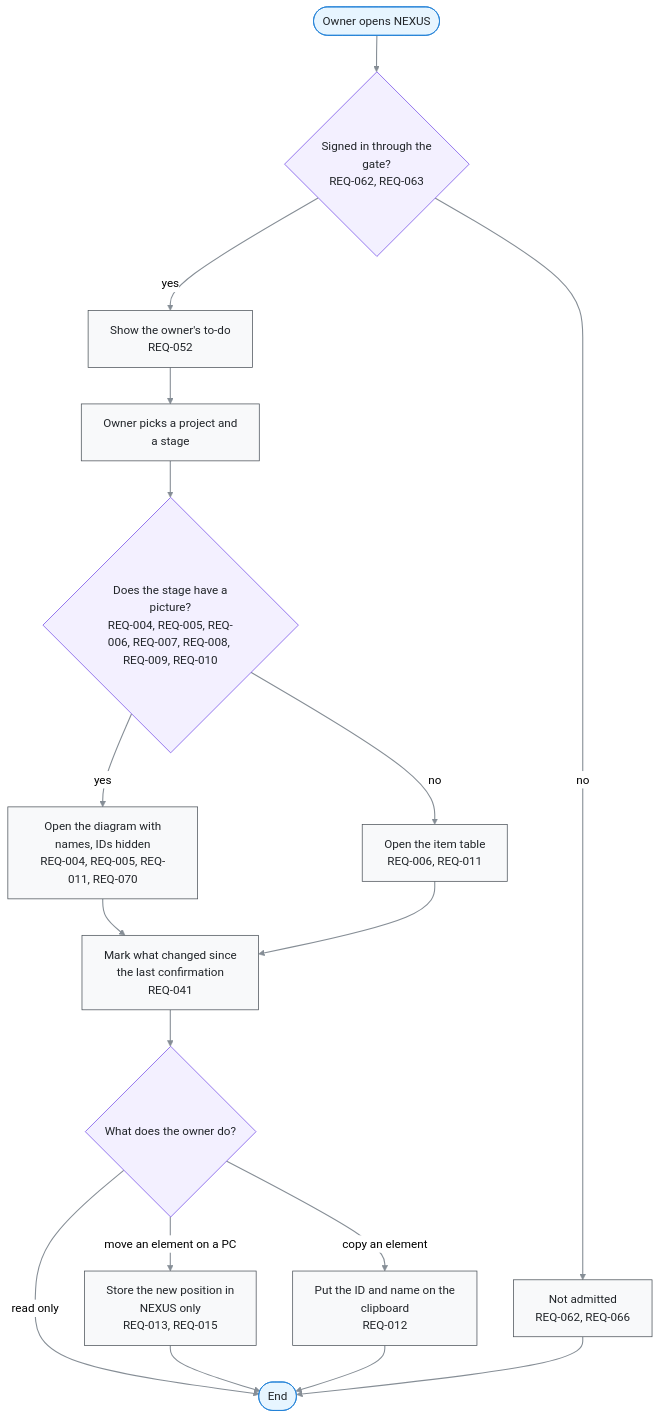
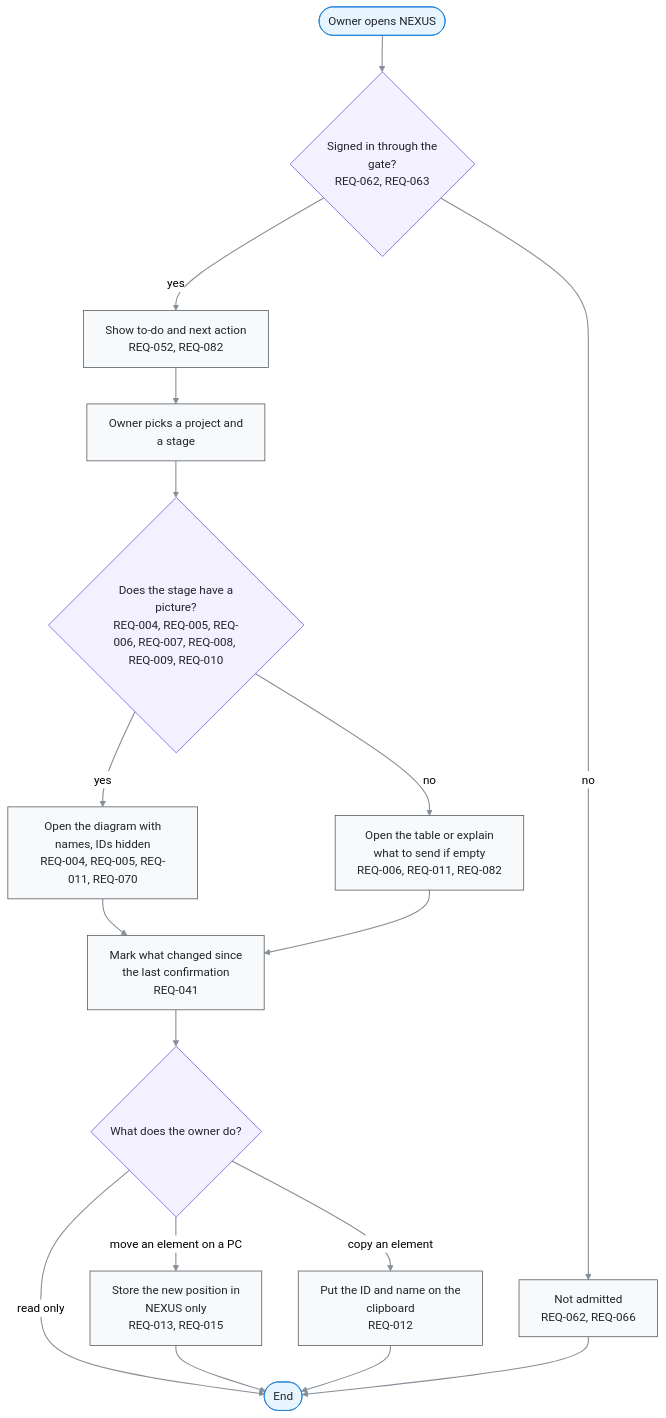
Before and after one commit to kodonghui/corthex-nexus: the diagram in docs/03-user-flow/FL-002-read-a-stage-from-the-to-do.md, drawn with Mermaid (neutral theme). The commit also changed other lines of this file and 45 other files, not shown here.

First line of the commit message:
Explain empty stages and confirmation steps (#173)

````diff
--- a/docs/03-user-flow/FL-002-read-a-stage-from-the-to-do.md
+++ b/docs/03-user-flow/FL-002-read-a-stage-from-the-to-do.md
@@ -9,42 +9,42 @@
 ```mermaid
 flowchart TD
   A(["Owner opens NEXUS"])
   B{"Signed in through the<br/>gate?<br/>REQ-062, REQ-063"}
-  C["Show the owner's to-do<br/>REQ-052"]
+  C["Show to-do and next action<br/>REQ-052, REQ-082"]
   D["Owner picks a project and<br/>a stage"]
   E{"Does the stage have a<br/>picture?<br/>REQ-004, REQ-005, REQ-006, REQ-007, REQ-008, REQ-009, REQ-010"}
   F["Open the diagram with<br/>names, IDs hidden<br/>REQ-004, REQ-005, REQ-011, REQ-070"]
-  G["Open the item table<br/>REQ-006, REQ-011"]
+  G["Open the table or explain<br/>what to send if empty<br/>REQ-006, REQ-011, REQ-082"]
   H["Mark what changed since<br/>the last confirmation<br/>REQ-041"]
   I{"What does the owner do?"}
   J["Store the new position in<br/>NEXUS only<br/>REQ-013, REQ-015"]
   K["Put the ID and name on the<br/>clipboard<br/>REQ-012"]
   R1["Not admitted<br/>REQ-062, REQ-066"]
   Z(["End"])
   A e1@--> B
   B e2@-->|no| R1
   B e3@-->|yes| C
   C e4@--> D
   D e5@--> E
   E e6@-->|yes| F
   E e7@-->|no| G
   F e8@--> H
   G e9@--> H
   H e10@--> I
   I e11@-->|move an element on a PC| J
   I e12@-->|copy an element| K
   I e13@-->|read only| Z
   J e14@--> Z
   K e15@--> Z
   R1 e16@--> Z
   %% legend: below
   classDef term fill:#e7f5ff,stroke:#1c7ed6,color:#212529
   classDef proc fill:#f8f9fa,stroke:#495057,color:#212529
   classDef decide fill:#f3f0ff,stroke:#7048e8,color:#212529
   classDef gap fill:#f1f3f5,stroke:#adb5bd,stroke-dasharray:2 3,color:#495057
   classDef pass stroke:#868e96,stroke-width:1.5px
   class A,Z term
   class C,D,F,G,H,J,K,R1 proc
   class B,E,I decide
   class e1,e2,e3,e4,e5,e6,e7,e8,e9,e10,e11,e12,e13,e14,e15,e16 pass
 ```
````
